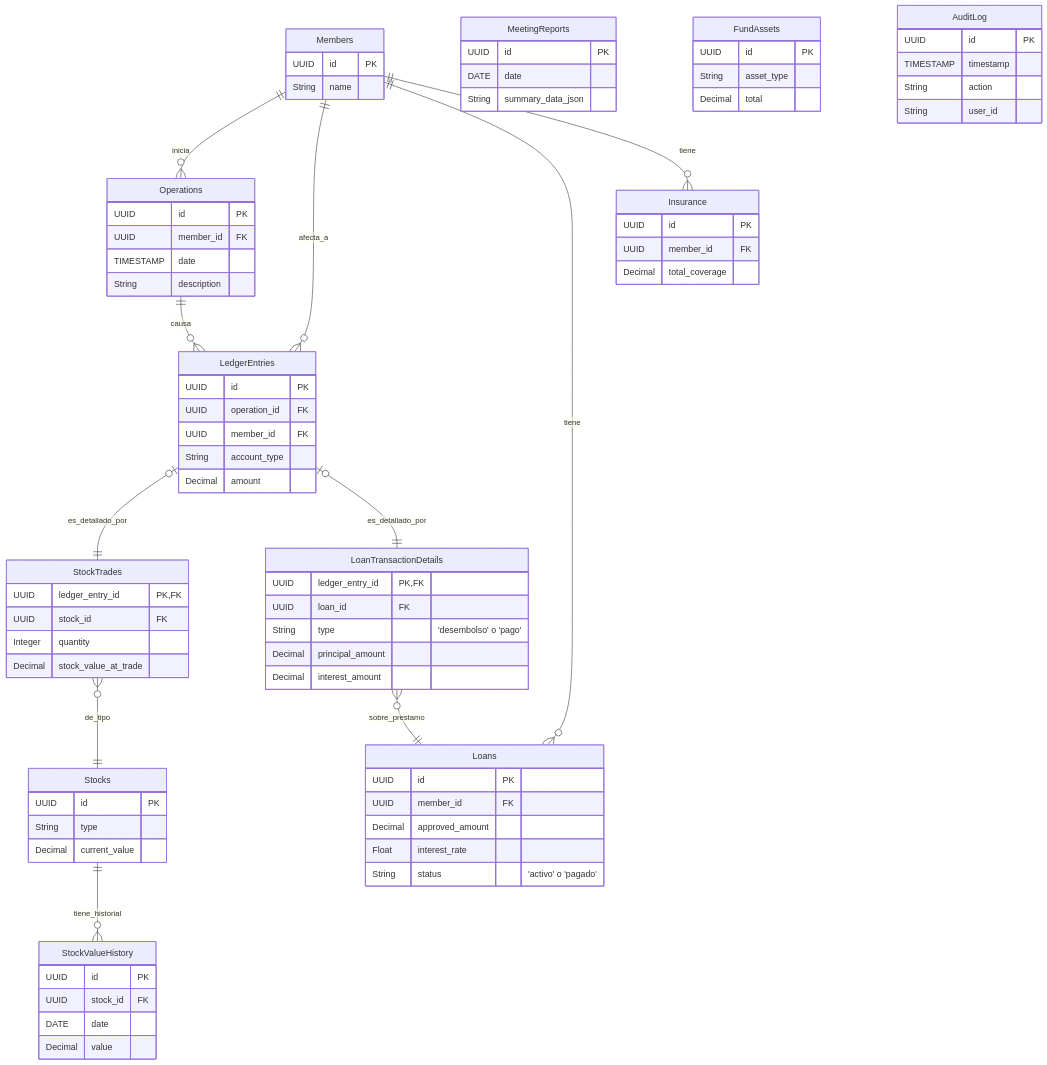
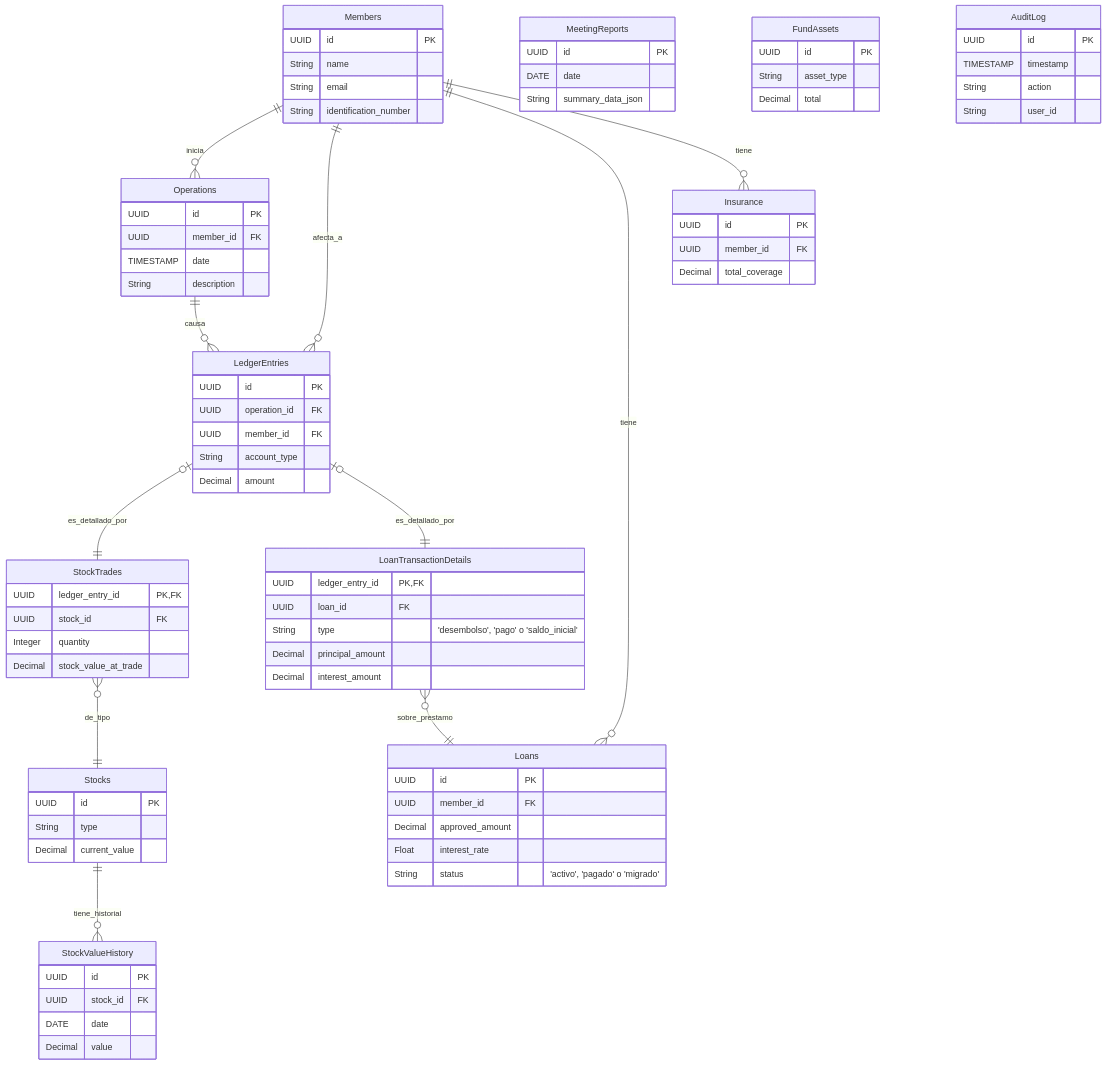
Before and after one commit to fabian-martinez/collaborative-saving: the second of 2 diagrams in docs/phases/phase-2.md, drawn with Mermaid. The commit also changed other lines of this file, not shown here.

```diff
--- a/docs/phases/phase-2.md
+++ b/docs/phases/phase-2.md
@@ -69,6 +67,8 @@
     Members {
         UUID id PK
         String name
+        String email
+        String identification_number
     }
 
     Operations {
@@ -97,7 +97,7 @@
     LoanTransactionDetails {
         UUID ledger_entry_id PK, FK
         UUID loan_id FK
-        String type "'desembolso' o 'pago'"
+        String type "'desembolso', 'pago' o 'saldo_inicial'"
         Decimal principal_amount
         Decimal interest_amount
     }
@@ -114,7 +114,7 @@
         UUID member_id FK
         Decimal approved_amount
         Float interest_rate
-        String status "'activo' o 'pagado'"
+        String status "'activo', 'pagado' o 'migrado'"
     }
 
     Insurance {
```
